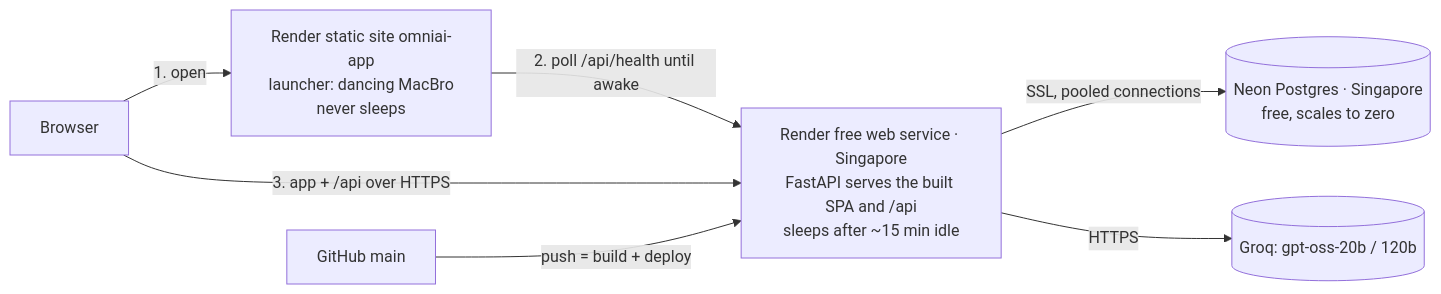
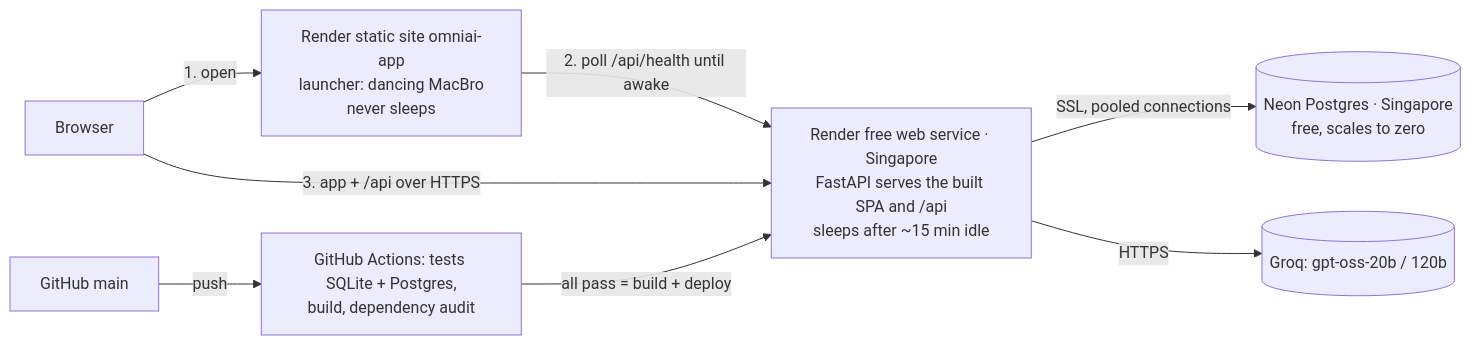
Before and after one commit to NeoAnushka21/tracker_poc: the third of 9 diagrams in docs/hld.md, drawn with Mermaid. The commit also changed other lines of this file and 94 other files, not shown here.

````diff
--- a/docs/hld.md
+++ b/docs/hld.md
@@ -67,9 +69,10 @@
 ```mermaid
 flowchart LR
     U[Browser] -->|1. open| L["Render static site omniai-app<br/>launcher: dancing MacBro<br/>never sleeps"]
     L -->|2. poll /api/health until awake| R
     U -->|3. app + /api over HTTPS| R["Render free web service · Singapore<br/>FastAPI serves the built SPA and /api<br/>sleeps after ~15 min idle"]
     R -->|SSL, pooled connections| N[("Neon Postgres · Singapore<br/>free, scales to zero")]
     R -->|HTTPS| G[(Groq: gpt-oss-20b / 120b)]
-    GH[GitHub main] -->|push = build + deploy| R
+    GH[GitHub main] -->|push| CI[GitHub Actions: tests SQLite + Postgres,<br/>build, dependency audit]
+    CI -->|all pass = build + deploy| R
 ```
````
